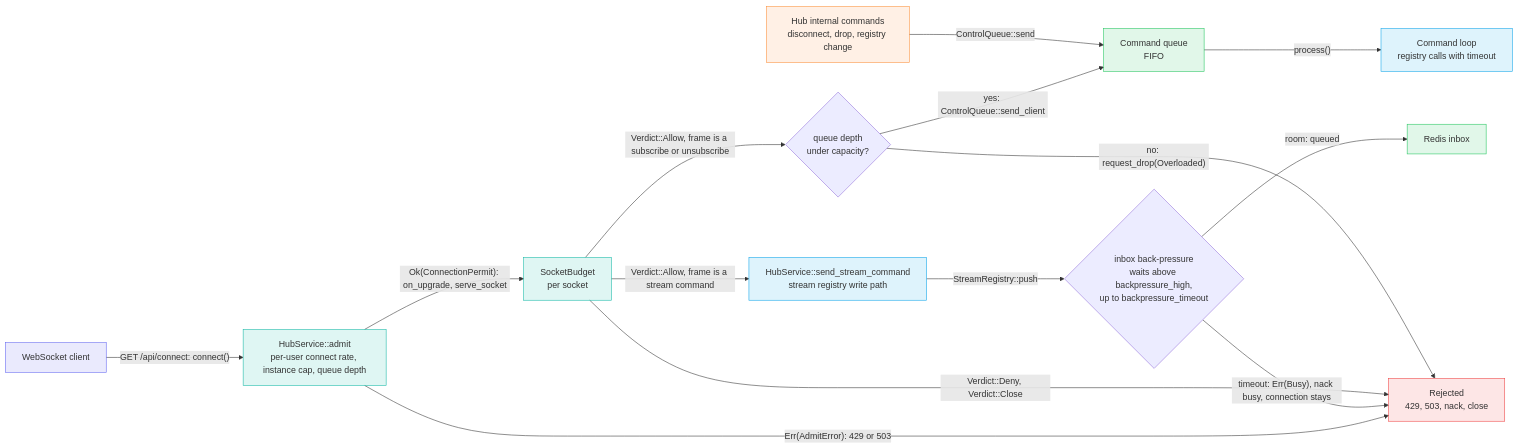
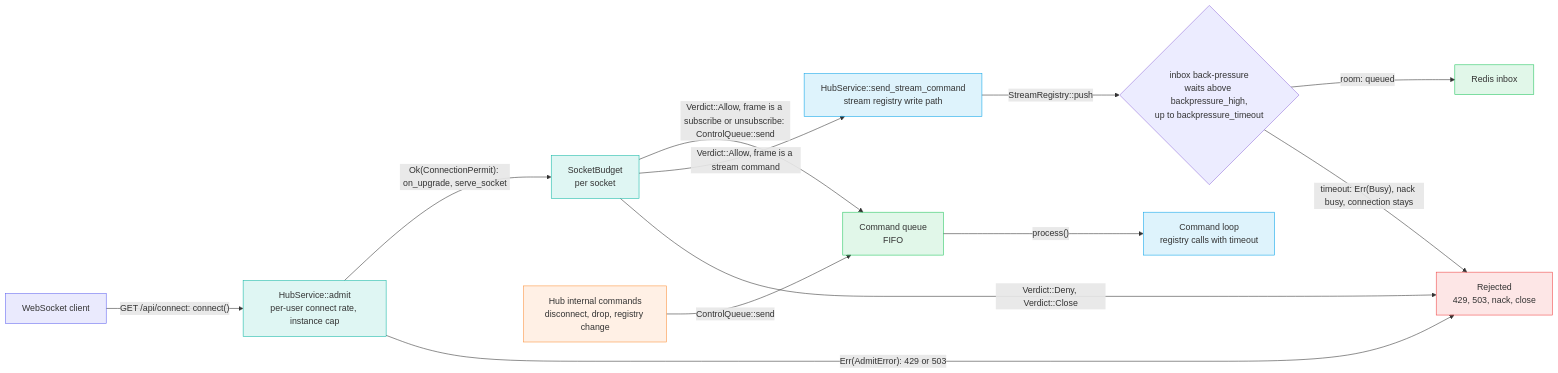
One commit to gzp79/shine-services changed the first of 2 diagrams in docs/services/builder/hub-load-protection.md. Above: the diagram before and after it, drawn with Mermaid. The commit also changed other lines of this file and 12 other files, not shown here.

````diff
--- a/docs/services/builder/hub-load-protection.md
+++ b/docs/services/builder/hub-load-protection.md
@@ -13,35 +13,32 @@
 ```mermaid
 flowchart LR
     classDef indigo fill:#6366f122,stroke:#6366f1
     classDef teal fill:#14b8a622,stroke:#14b8a6
     classDef blue fill:#0ea5e922,stroke:#0ea5e9
     classDef green fill:#22c55e22,stroke:#22c55e
     classDef orange fill:#fb923c22,stroke:#fb923c
     classDef red fill:#ef444422,stroke:#ef4444
 
     C["WebSocket client"]:::indigo
-    A["HubService::admit<br/>per-user connect rate, instance cap, queue depth"]:::teal
+    A["HubService::admit<br/>per-user connect rate, instance cap"]:::teal
     F["SocketBudget<br/>per socket"]:::teal
-    D{"queue depth<br/>under capacity?"}
     S["HubService::send_stream_command<br/>stream registry write path"]:::blue
     B{"inbox back-pressure<br/>waits above backpressure_high,<br/>up to backpressure_timeout"}
     I["Redis inbox"]:::green
     Q["Command queue<br/>FIFO"]:::green
     IN["Hub internal commands<br/>disconnect, drop, registry change"]:::orange
     L["Command loop<br/>registry calls with timeout"]:::blue
     X["Rejected<br/>429, 503, nack, close"]:::red
 
     C -- "GET /api/connect: connect()" --> A
     A -- "Ok(ConnectionPermit): on_upgrade, serve_socket" --> F
     A -- "Err(AdmitError): 429 or 503" --> X
-    F -- "Verdict::Allow, frame is a subscribe or unsubscribe" --> D
+    F -- "Verdict::Allow, frame is a subscribe or unsubscribe: ControlQueue::send" --> Q
     F -- "Verdict::Allow, frame is a stream command" --> S
     S -- "StreamRegistry::push" --> B
     B -- "room: queued" --> I
     B -- "timeout: Err(Busy), nack busy, connection stays" --> X
     F -- "Verdict::Deny, Verdict::Close" --> X
-    D -- "yes: ControlQueue::send_client" --> Q
-    D -- "no: request_drop(Overloaded)" --> X
     IN -- "ControlQueue::send" --> Q
     Q -- "process()" --> L
 ```
````
